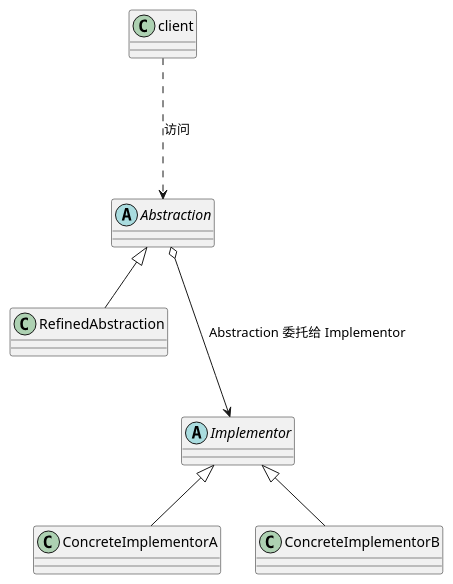
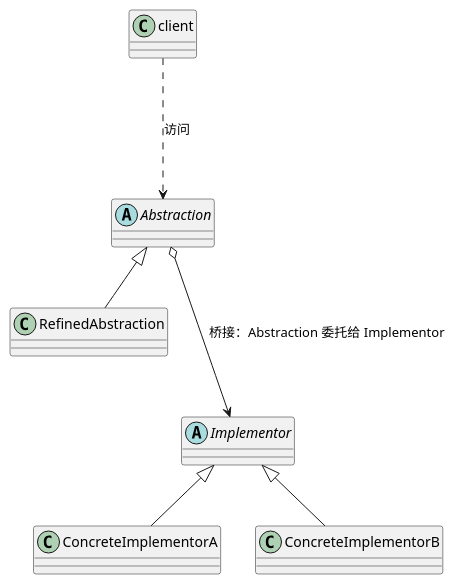
One commit to wuxiongbo/design_patterns changed the diagram in src/main/java/chapter49/bridge.puml. Above: the diagram before and after it, drawn with PlantUML. The commit also changed 24 other files, not shown here.

```diff
--- a/src/main/java/chapter49/bridge.puml
+++ b/src/main/java/chapter49/bridge.puml
@@ -1,14 +1,14 @@
 @startuml
 'https://plantuml.com/class-diagram
 
 class client
 abstract class Abstraction
 class RefinedAbstraction extends Abstraction
 
 abstract Implementor
 class ConcreteImplementorA extends Implementor
 class ConcreteImplementorB extends Implementor
 
-Abstraction o---> Implementor :  Abstraction 委托给 Implementor
+Abstraction o---> Implementor :  桥接：Abstraction 委托给 Implementor
 client ...> Abstraction : 访问
 @enduml
```
